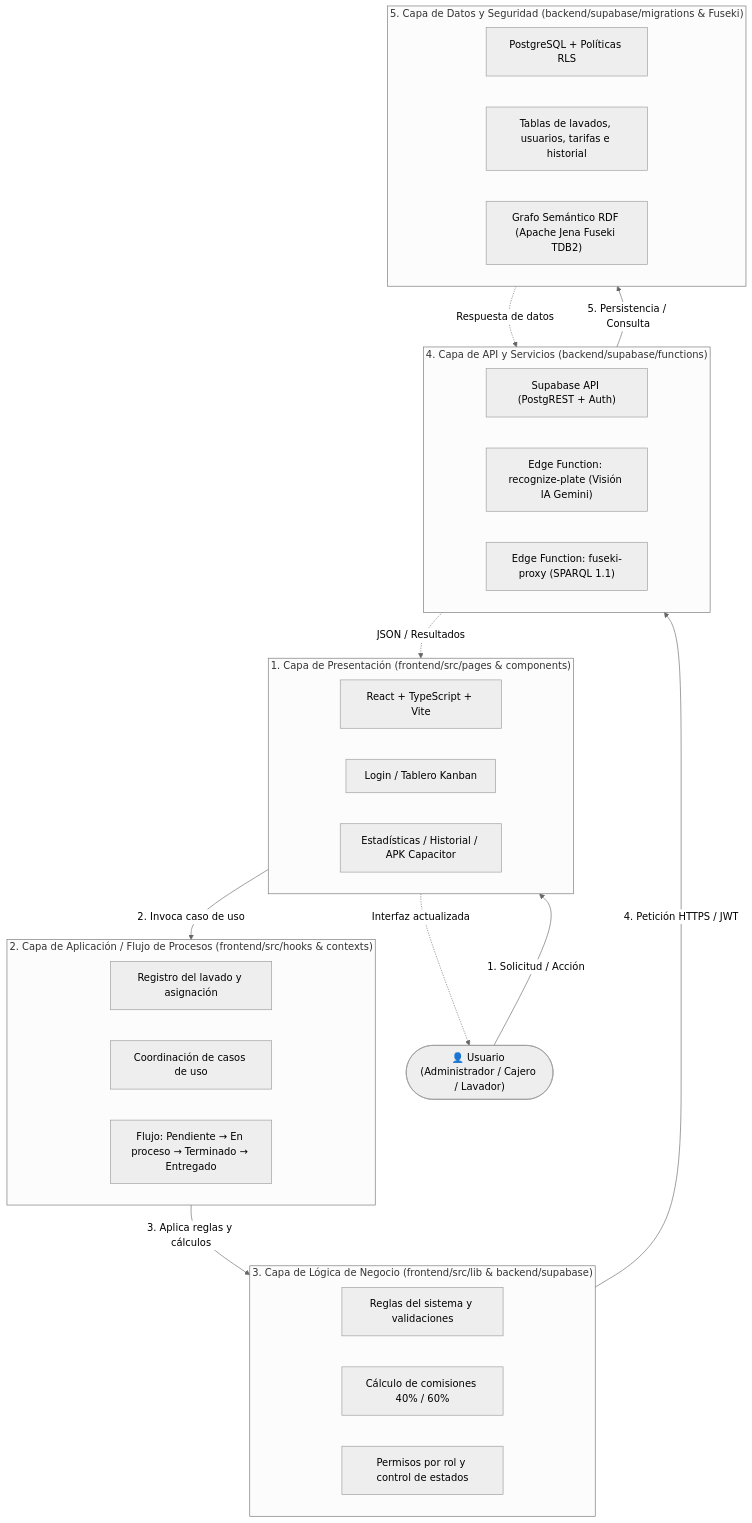
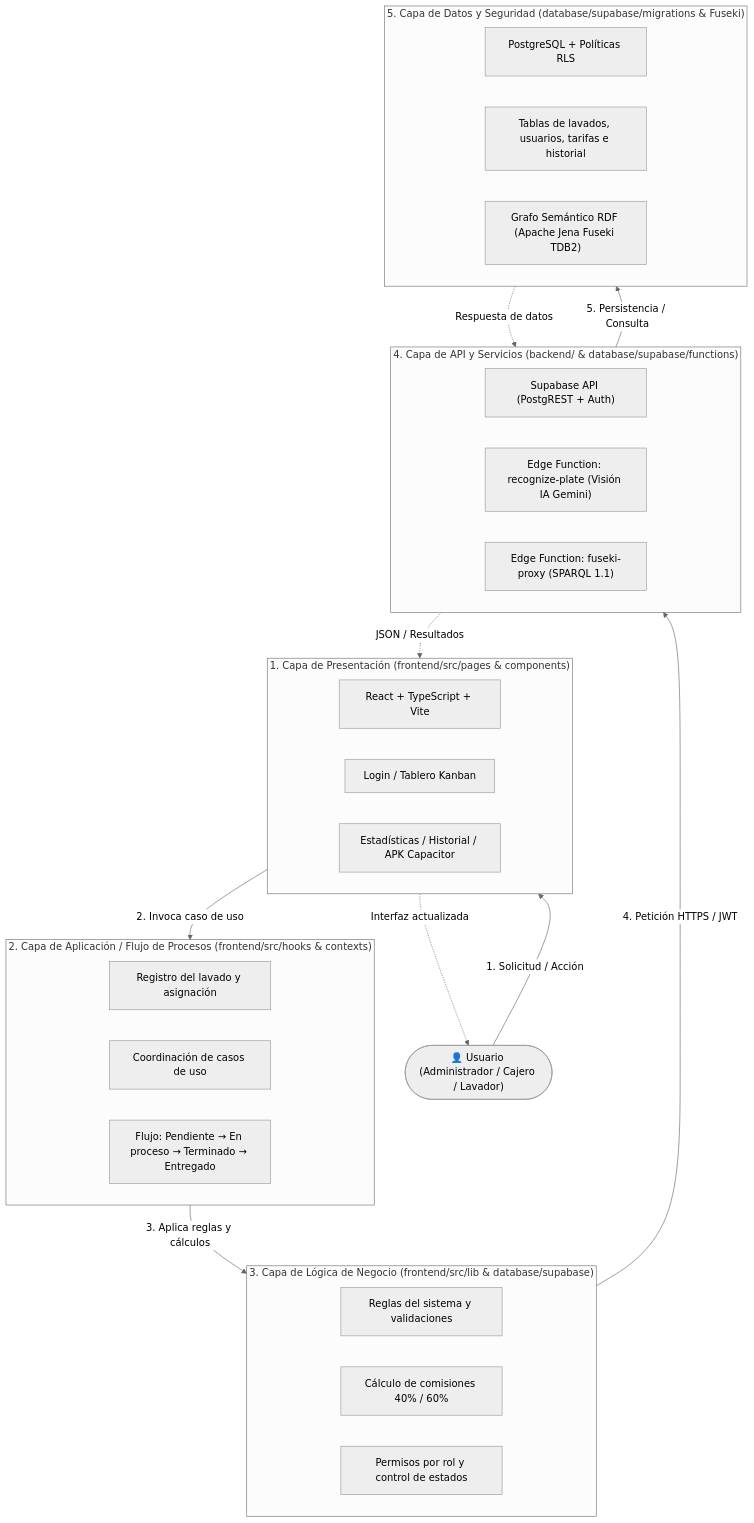
One commit to 12wese/autolavado-express-el-chorro changed the diagram in docs/arquitectura.md. Above: the diagram before and after it, drawn with Mermaid (neutral theme). The commit also changed other lines of this file and 79 other files, not shown here.

````diff
--- a/docs/arquitectura.md
+++ b/docs/arquitectura.md
@@ -7,49 +7,49 @@
 ```mermaid
 flowchart TD
     U(["👤 Usuario (Administrador / Cajero / Lavador)"])
 
     subgraph C1["1. Capa de Presentación (frontend/src/pages & components)"]
         direction LR
         P1["React + TypeScript + Vite"]
         P2["Login / Tablero Kanban"]
         P3["Estadísticas / Historial / APK Capacitor"]
     end
 
     subgraph C2["2. Capa de Aplicación / Flujo de Procesos (frontend/src/hooks & contexts)"]
         direction LR
         A1["Registro del lavado y asignación"]
         A2["Coordinación de casos de uso"]
         A3["Flujo: Pendiente → En proceso → Terminado → Entregado"]
     end
 
-    subgraph C3["3. Capa de Lógica de Negocio (frontend/src/lib & backend/supabase)"]
+    subgraph C3["3. Capa de Lógica de Negocio (frontend/src/lib & database/supabase)"]
         direction LR
         L1["Reglas del sistema y validaciones"]
         L2["Cálculo de comisiones 40% / 60%"]
         L3["Permisos por rol y control de estados"]
     end
 
-    subgraph C4["4. Capa de API y Servicios (backend/supabase/functions)"]
+    subgraph C4["4. Capa de API y Servicios (backend/ & database/supabase/functions)"]
         direction LR
         S1["Supabase API (PostgREST + Auth)"]
         S2["Edge Function: recognize-plate (Visión IA Gemini)"]
         S3["Edge Function: fuseki-proxy (SPARQL 1.1)"]
     end
 
-    subgraph C5["5. Capa de Datos y Seguridad (backend/supabase/migrations & Fuseki)"]
+    subgraph C5["5. Capa de Datos y Seguridad (database/supabase/migrations & Fuseki)"]
         direction LR
         D1["PostgreSQL + Políticas RLS"]
         D2["Tablas de lavados, usuarios, tarifas e historial"]
         D3["Grafo Semántico RDF (Apache Jena Fuseki TDB2)"]
     end
 
     U -->|"1. Solicitud / Acción"| C1
     C1 -->|"2. Invoca caso de uso"| C2
     C2 -->|"3. Aplica reglas y cálculos"| C3
     C3 -->|"4. Petición HTTPS / JWT"| C4
     C4 -->|"5. Persistencia / Consulta"| C5
 
     C5 -.->|"Respuesta de datos"| C4
     C4 -.->|"JSON / Resultados"| C1
     C1 -.->|"Interfaz actualizada"| U
 ```
````
